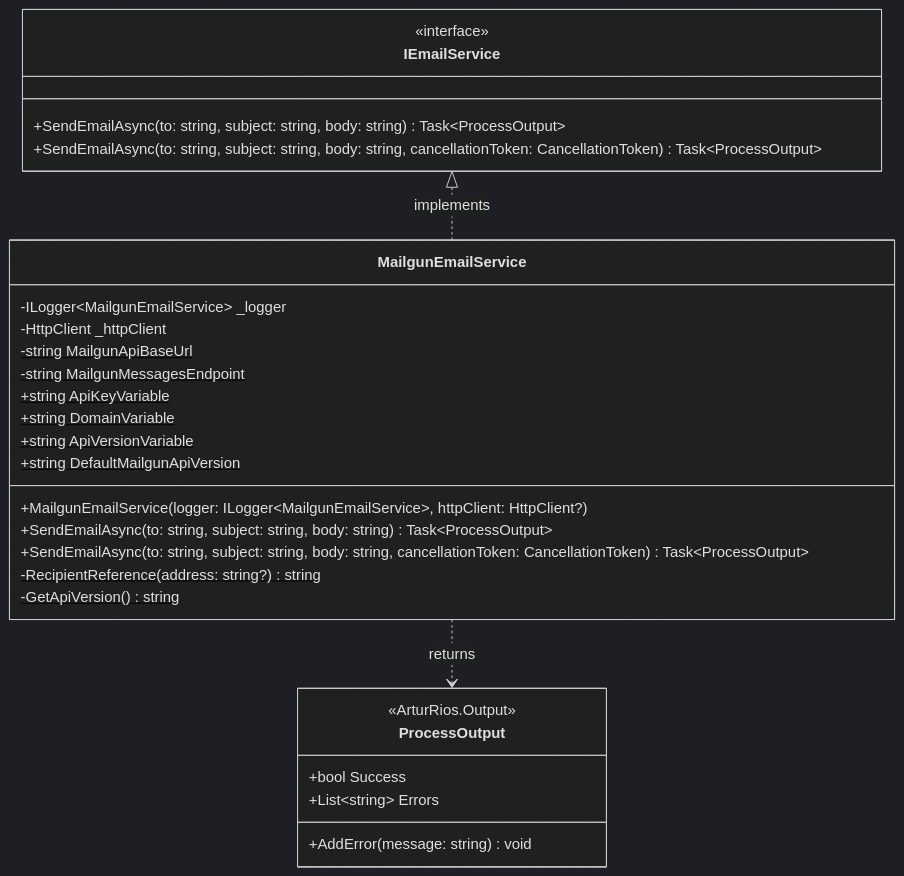
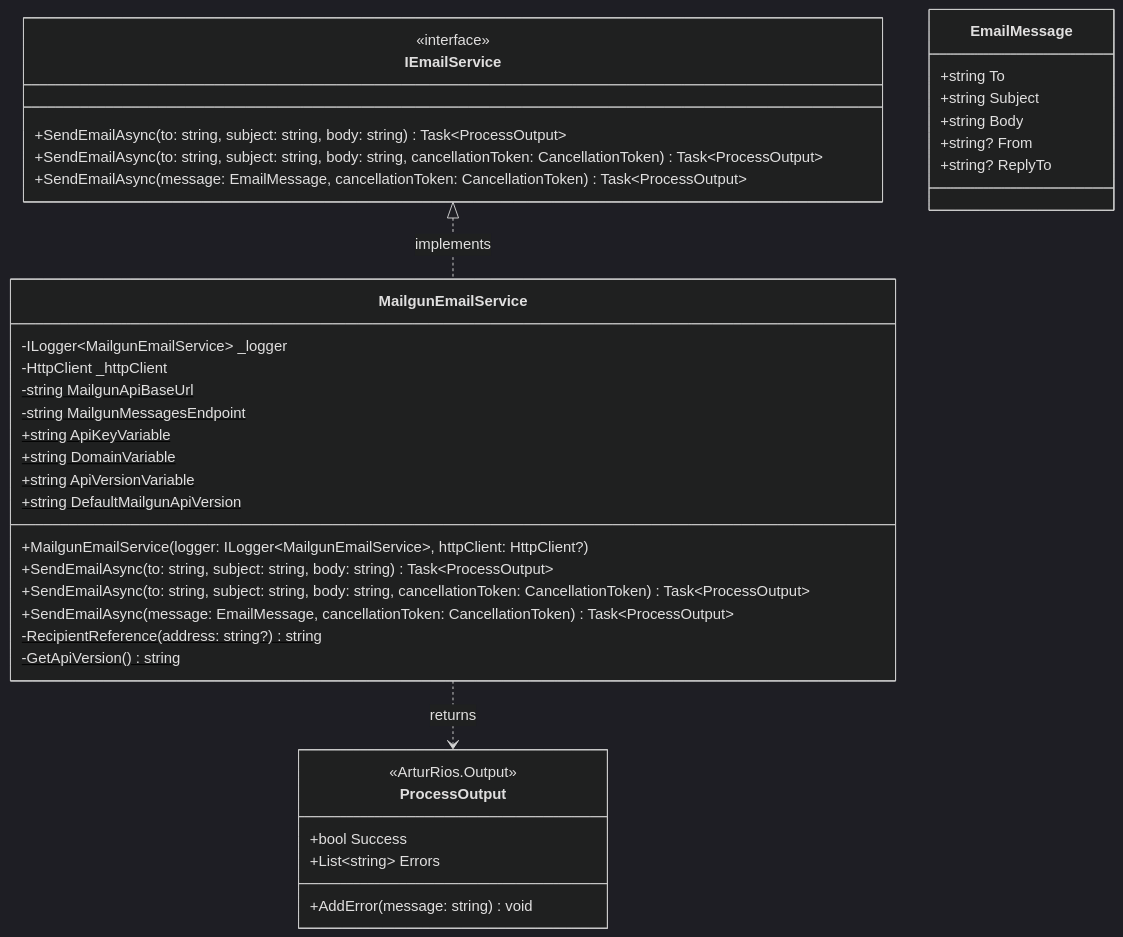
One commit to artur-rios/dotnet-messaging changed the diagram in README.md. Above: the diagram before and after it, drawn with Mermaid (dark theme). The commit also changed other lines of this file and 6 other files, not shown here.

First line of the commit message:
feat: accept a sender and reply-to per message

````diff
--- a/README.md
+++ b/README.md
@@ -139,34 +153,44 @@
 ```mermaid
 classDiagram
     class IEmailService {
         <<interface>>
         +SendEmailAsync(to: string, subject: string, body: string) Task~ProcessOutput~
         +SendEmailAsync(to: string, subject: string, body: string, cancellationToken: CancellationToken) Task~ProcessOutput~
+        +SendEmailAsync(message: EmailMessage, cancellationToken: CancellationToken) Task~ProcessOutput~
+    }
+
+    class EmailMessage {
+        +string To
+        +string Subject
+        +string Body
+        +string? From
+        +string? ReplyTo
     }
 
     class MailgunEmailService {
         -ILogger~MailgunEmailService~ _logger
         -HttpClient _httpClient
         -string MailgunApiBaseUrl$
         -string MailgunMessagesEndpoint$
         +string ApiKeyVariable$
         +string DomainVariable$
         +string ApiVersionVariable$
         +string DefaultMailgunApiVersion$
         +MailgunEmailService(logger: ILogger~MailgunEmailService~, httpClient: HttpClient?)
         +SendEmailAsync(to: string, subject: string, body: string) Task~ProcessOutput~
         +SendEmailAsync(to: string, subject: string, body: string, cancellationToken: CancellationToken) Task~ProcessOutput~
+        +SendEmailAsync(message: EmailMessage, cancellationToken: CancellationToken) Task~ProcessOutput~
         -RecipientReference(address: string?) string$
         -GetApiVersion() string$
     }
 
     class ProcessOutput {
         <<ArturRios.Output>>
         +bool Success
         +List~string~ Errors
         +AddError(message: string) void
     }
 
     IEmailService <|.. MailgunEmailService : implements
     MailgunEmailService ..> ProcessOutput : returns
 ```
````
